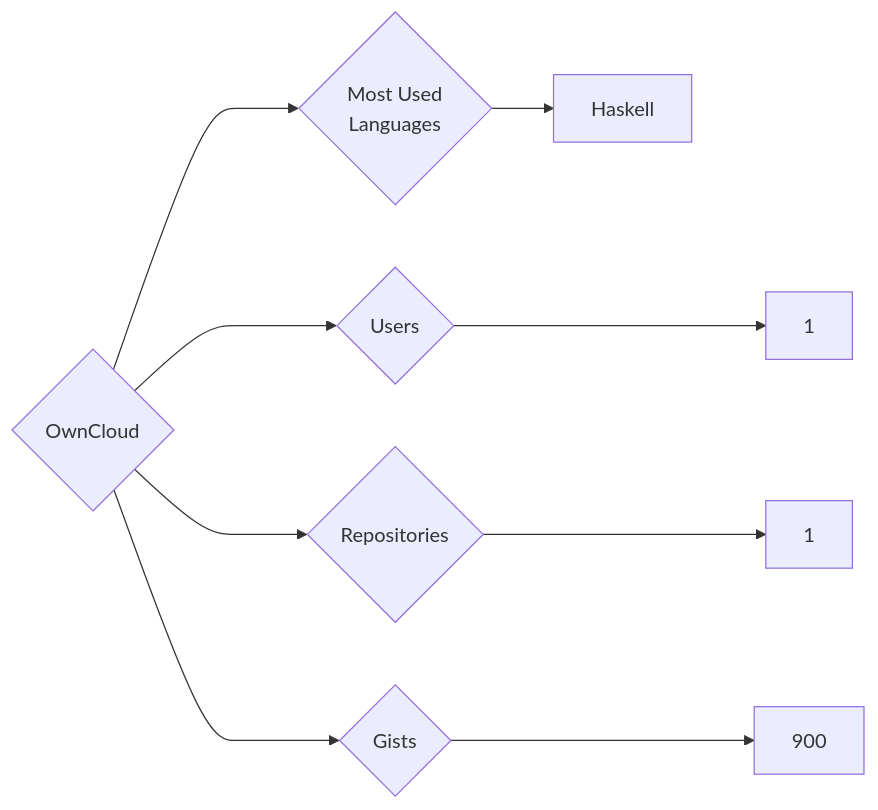
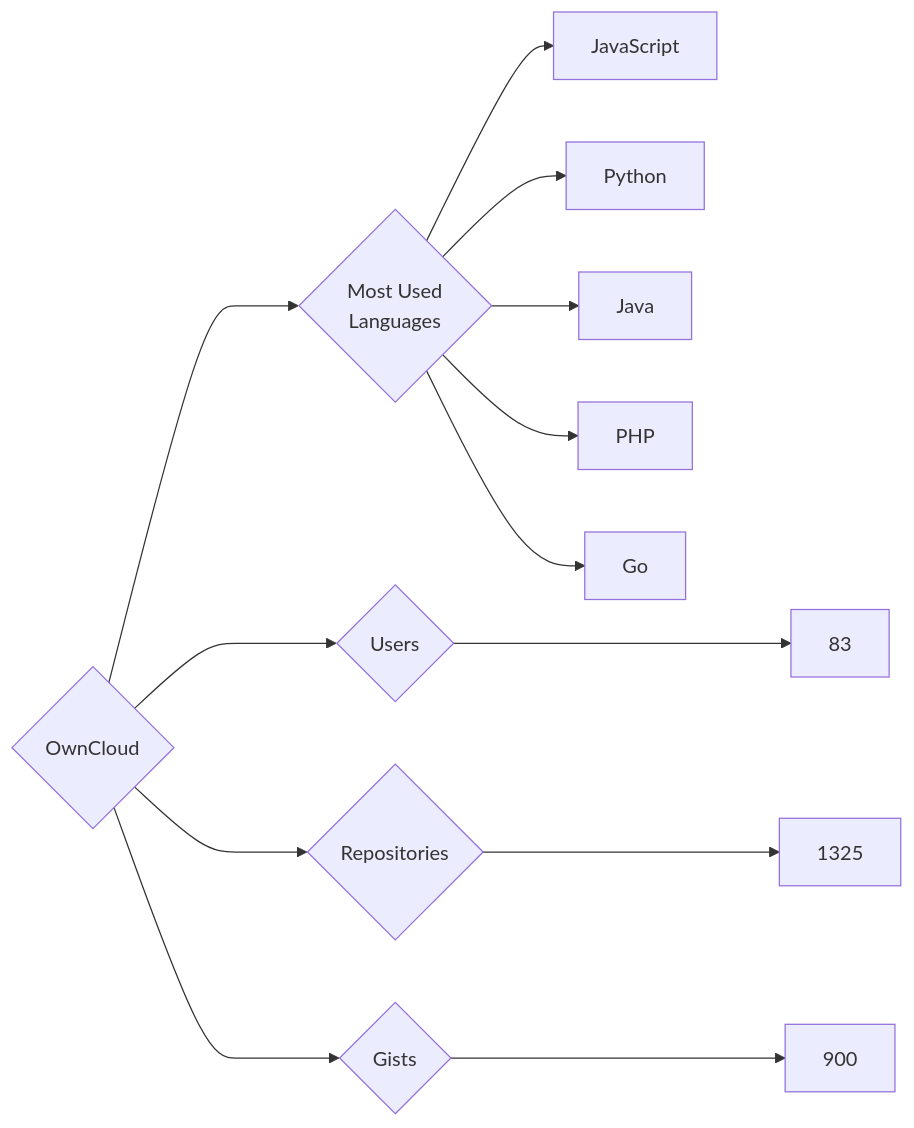
One commit to trickest/insiders changed the diagram in targets/OwnCloud/README.md. Above: the diagram before and after it, drawn with Mermaid. The commit also changed 748 other files, not shown here.

````diff
--- a/targets/OwnCloud/README.md
+++ b/targets/OwnCloud/README.md
@@ -3,9 +3,13 @@
 ```mermaid
 graph LR
 COMPANY_NAME{OwnCloud}
-COMPANY_NAME ---> U{Users} ---> UN[1]
-COMPANY_NAME ---> R{Repositories} ---> RN[1]
+COMPANY_NAME ---> U{Users} ---> UN[83]
+COMPANY_NAME ---> R{Repositories} ---> RN[1325]
 COMPANY_NAME ---> G{Gists} ---> GN[900]
 COMPANY_NAME ---> ML{Most Used<br>Languages}
-ML --> Haskell[Haskell]
+ML --> JavaScript[JavaScript]
+ML --> Python[Python]
+ML --> Java[Java]
+ML --> PHP[PHP]
+ML --> Go[Go]
 ```
````
